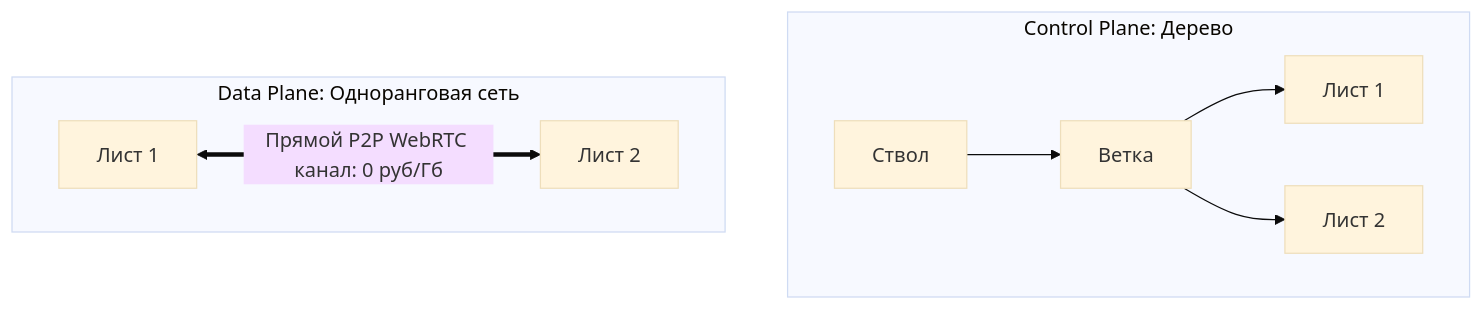
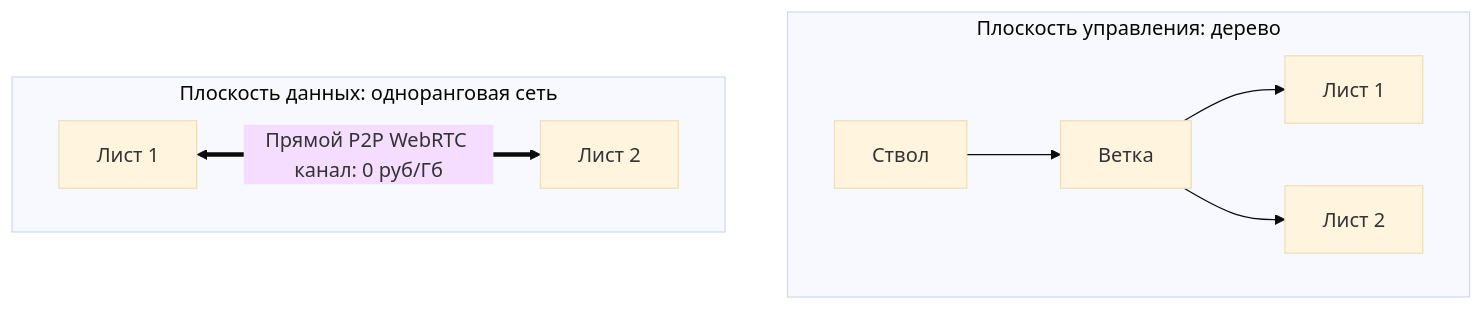
Diagram 11 of 12 in architecture_presentations/01_topology_and_sovereignty/docs/presentation_deck.md (Data-Independence-Network/presentations), drawn with Mermaid (base theme) before and after one commit. The commit also changed other lines of this file and 88 other files, not shown here.

```diff
--- a/architecture_presentations/01_topology_and_sovereignty/docs/presentation_deck.md
+++ b/architecture_presentations/01_topology_and_sovereignty/docs/presentation_deck.md
@@ -577,11 +577,11 @@
         <div class="mermaid">
 graph TD
-    subgraph Control_Plane [Control Plane: Дерево]
+    subgraph Control_Plane [Плоскость управления: дерево]
         CP_Trunk[Ствол] --> CP_Branch[Ветка]
         CP_Branch --> CP_L1[Лист 1]
         CP_Branch --> CP_L2[Лист 2]
     end
-    subgraph Data_Plane [Data Plane: Одноранговая сеть]
+    subgraph Data_Plane [Плоскость данных: одноранговая сеть]
         DP_L1[Лист 1] <==>|Прямой P2P WebRTC канал: 0 руб/Гб| DP_L2[Лист 2]
     end
         </div>
```
